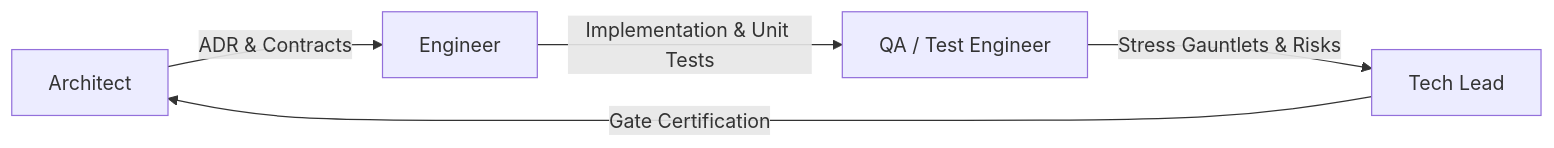
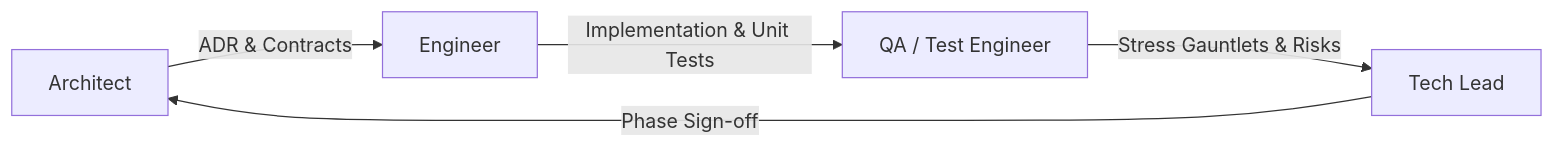
The diagram in README.md (0at-meal/loom), drawn with Mermaid before and after one commit. The commit also changed other lines of this file, not shown here.

````diff
--- a/README.md
+++ b/README.md
@@ -375,7 +401,7 @@
 ```mermaid
 graph LR
     A[Architect] -->|ADR & Contracts| B[Engineer]
     B -->|Implementation & Unit Tests| C[QA / Test Engineer]
     C -->|Stress Gauntlets & Risks| D[Tech Lead]
-    D -->|Gate Certification| A
+    D -->|Phase Sign-off| A
 ```
````
